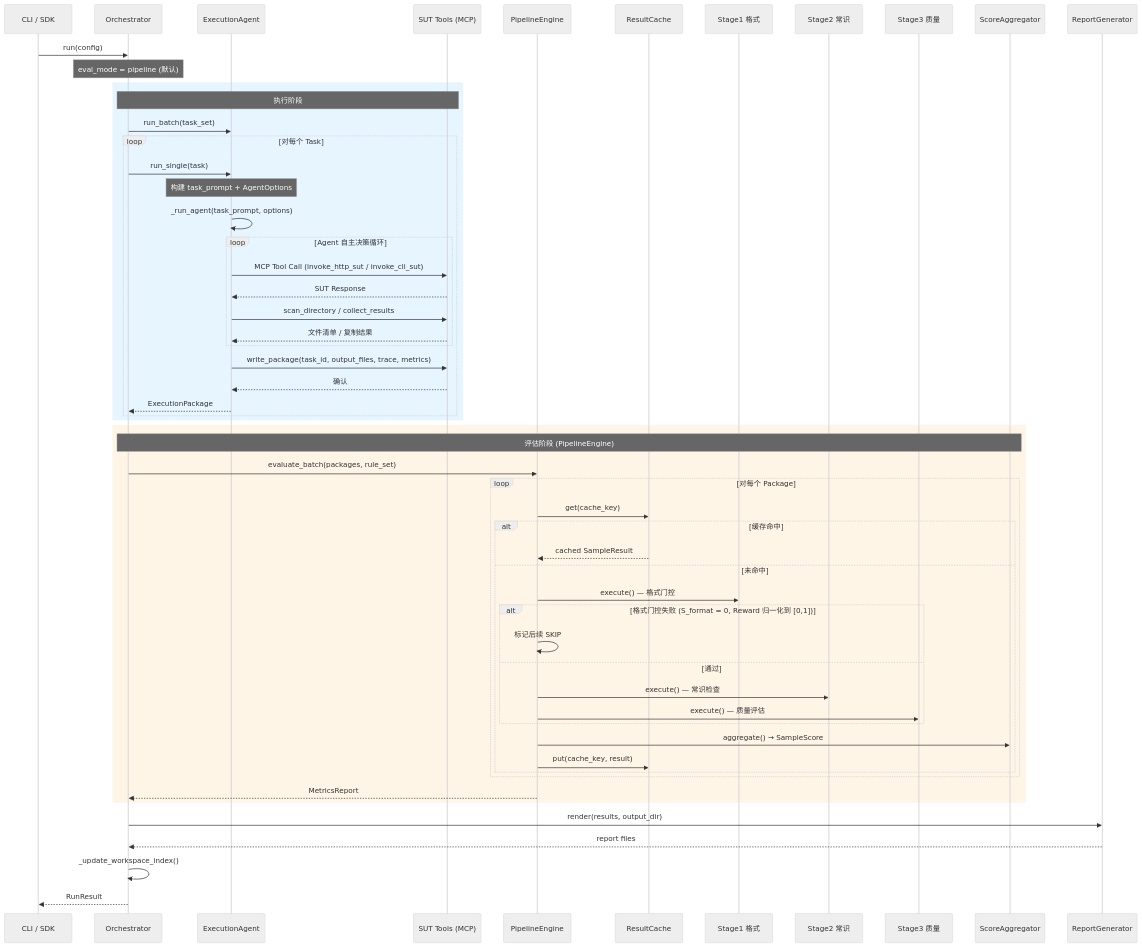
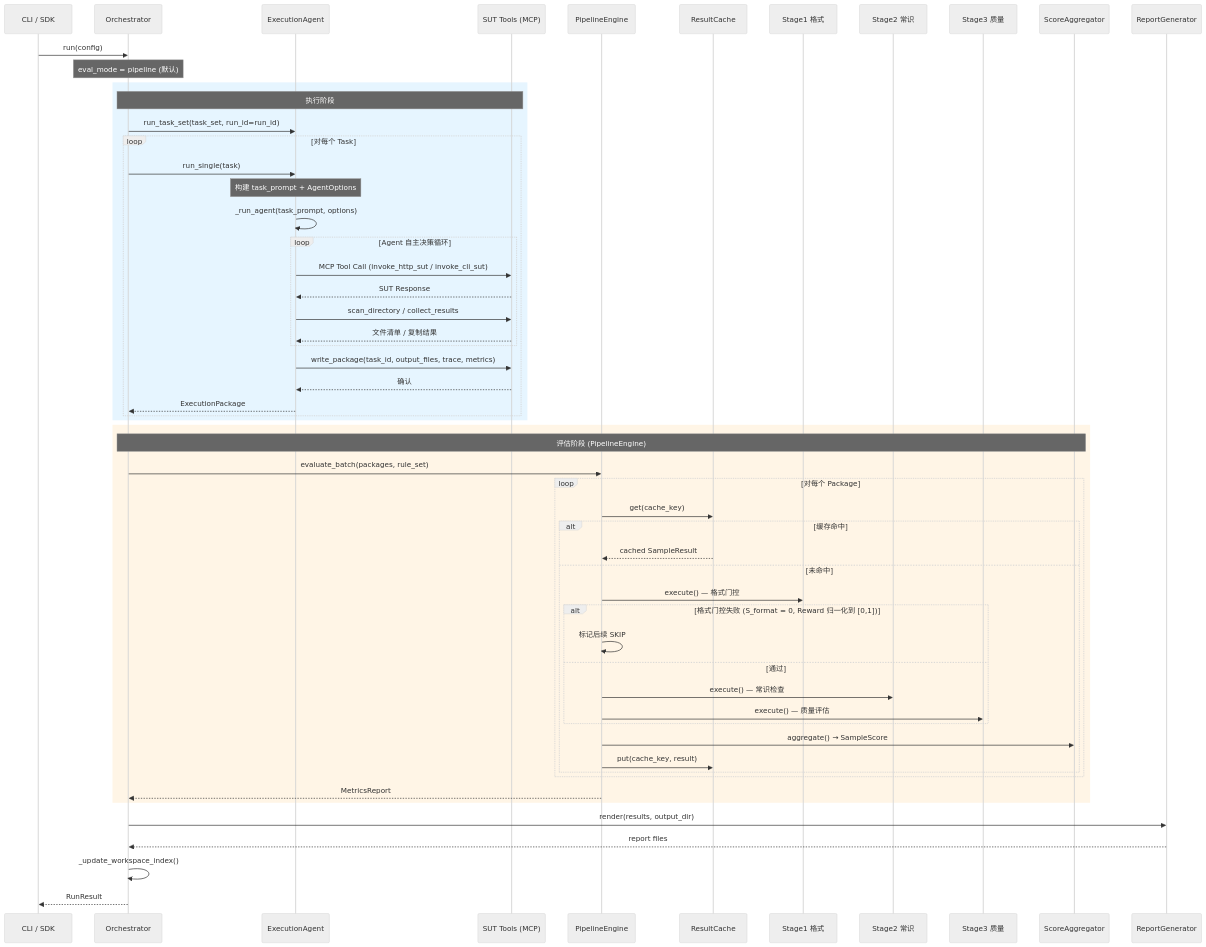
Before and after one commit to domonic18/ai-eval-scope: the diagram in docs/arch/02编排调度层设计.md, drawn with Mermaid (neutral theme). The commit also changed other lines of this file and 10 other files, not shown here.

````diff
--- a/docs/arch/02编排调度层设计.md
+++ b/docs/arch/02编排调度层设计.md
@@ -775,69 +797,69 @@
 ```mermaid
 sequenceDiagram
     participant CLI as CLI / SDK
     participant ORC as Orchestrator
     participant EA as ExecutionAgent
     participant SUT as SUT Tools (MCP)
     participant PE as PipelineEngine
     participant Cache as ResultCache
     participant S1 as Stage1 格式
     participant S2 as Stage2 常识
     participant S3 as Stage3 质量
     participant SA as ScoreAggregator
     participant RG as ReportGenerator
 
     CLI->>ORC: run(config)
     Note over ORC: eval_mode = pipeline (默认)
 
     rect rgb(230, 245, 255)
         Note over ORC,SUT: 执行阶段
-        ORC->>EA: run_batch(task_set)
+        ORC->>EA: run_task_set(task_set, run_id=run_id)
 
         loop 对每个 Task
             ORC->>EA: run_single(task)
             Note over EA: 构建 task_prompt + AgentOptions
             EA->>EA: _run_agent(task_prompt, options)
 
             loop Agent 自主决策循环
                 EA->>SUT: MCP Tool Call (invoke_http_sut / invoke_cli_sut)
                 SUT-->>EA: SUT Response
                 EA->>SUT: scan_directory / collect_results
                 SUT-->>EA: 文件清单 / 复制结果
             end
 
             EA->>SUT: write_package(task_id, output_files, trace, metrics)
             SUT-->>EA: 确认
 
             EA-->>ORC: ExecutionPackage
         end
     end
 
     rect rgb(255, 245, 230)
         Note over ORC,SA: 评估阶段 (PipelineEngine)
         ORC->>PE: evaluate_batch(packages, rule_set)
 
         loop 对每个 Package
             PE->>Cache: get(cache_key)
             alt 缓存命中
                 Cache-->>PE: cached SampleResult
             else 未命中
                 PE->>S1: execute() — 格式门控
                 alt 格式门控失败 (S_format = 0, Reward 归一化到 [0,1])
                     PE->>PE: 标记后续 SKIP
                 else 通过
                     PE->>S2: execute() — 常识检查
                     PE->>S3: execute() — 质量评估
                 end
                 PE->>SA: aggregate() → SampleScore
                 PE->>Cache: put(cache_key, result)
             end
         end
 
         PE-->>ORC: MetricsReport
     end
 
     ORC->>RG: render(results, output_dir)
     RG-->>ORC: report files
     ORC->>ORC: _update_workspace_index()
     ORC-->>CLI: RunResult
 ```
````
